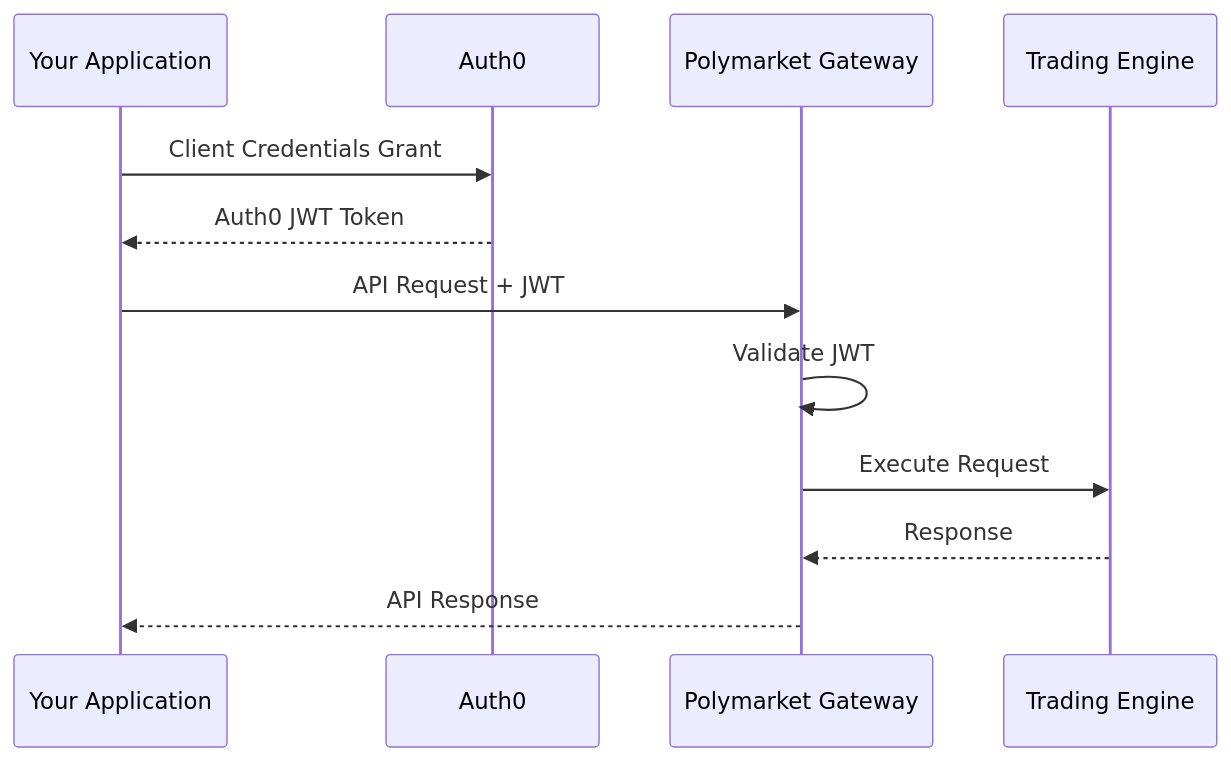
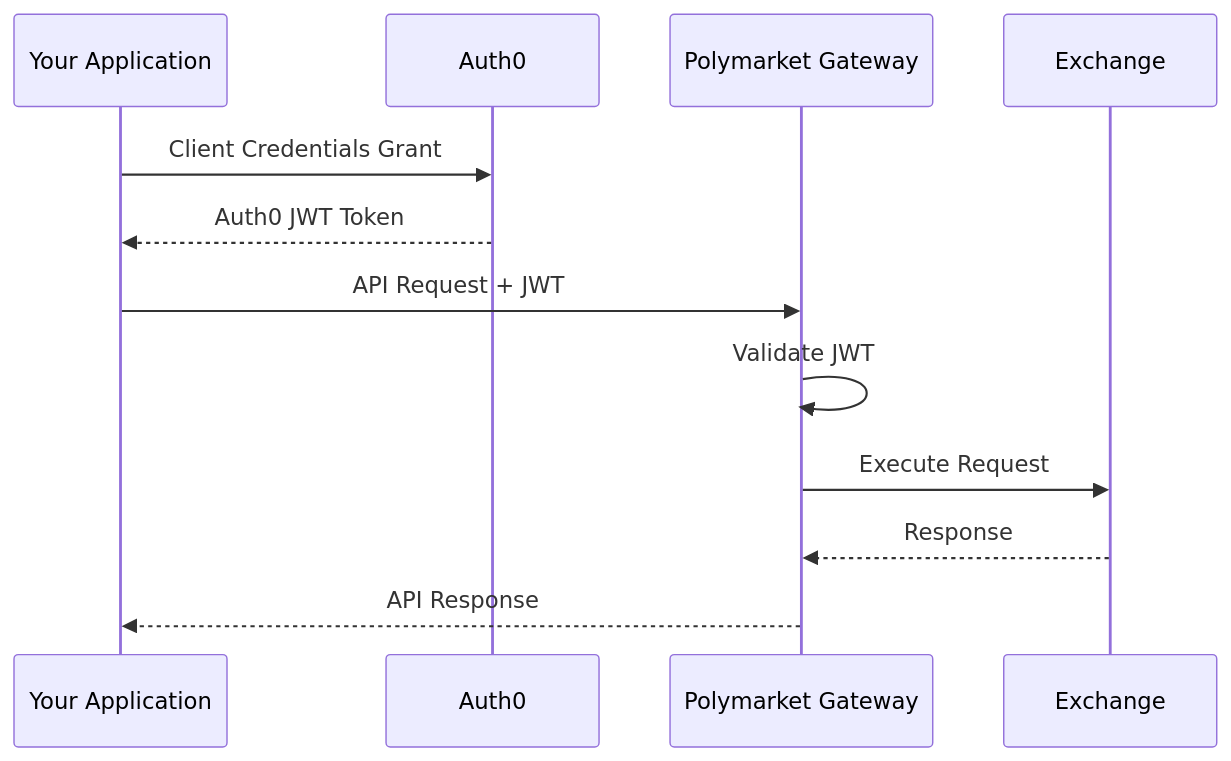
The diagram in getting-started/auth0-onboarding.mdx (chrisr-a11y/docs), drawn with Mermaid before and after one commit. The commit also changed 13 other files, not shown here.

````diff
--- a/getting-started/auth0-onboarding.mdx
+++ b/getting-started/auth0-onboarding.mdx
@@ -17,15 +17,15 @@
 ```mermaid
 sequenceDiagram
     participant ISV as Your Application
     participant Auth0
     participant Gateway as Polymarket Gateway
-    participant EP3 as Trading Engine
+    participant Exchange as Exchange
 
     ISV->>Auth0: Client Credentials Grant
     Auth0-->>ISV: Auth0 JWT Token
     ISV->>Gateway: API Request + JWT
     Gateway->>Gateway: Validate JWT
-    Gateway->>EP3: Execute Request
-    EP3-->>Gateway: Response
+    Gateway->>Exchange: Execute Request
+    Exchange-->>Gateway: Response
     Gateway-->>ISV: API Response
 ```
````
